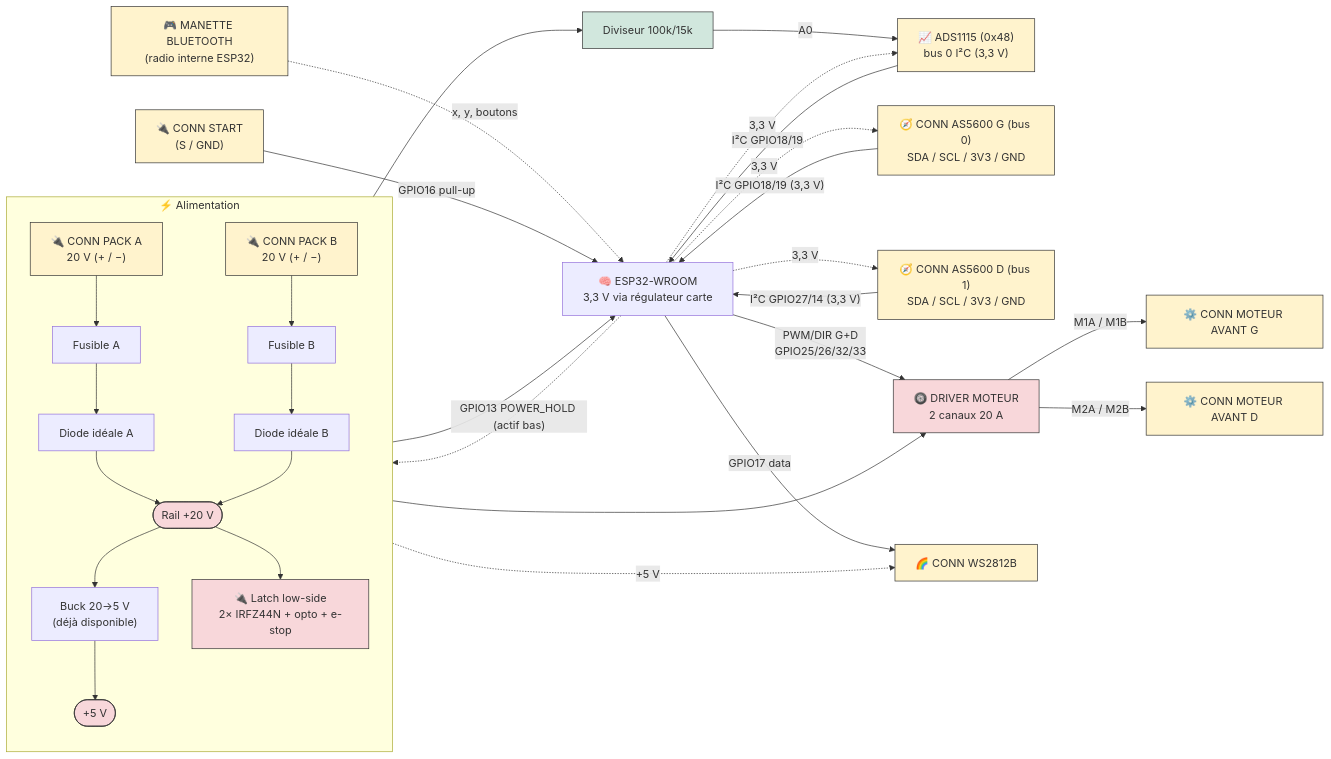
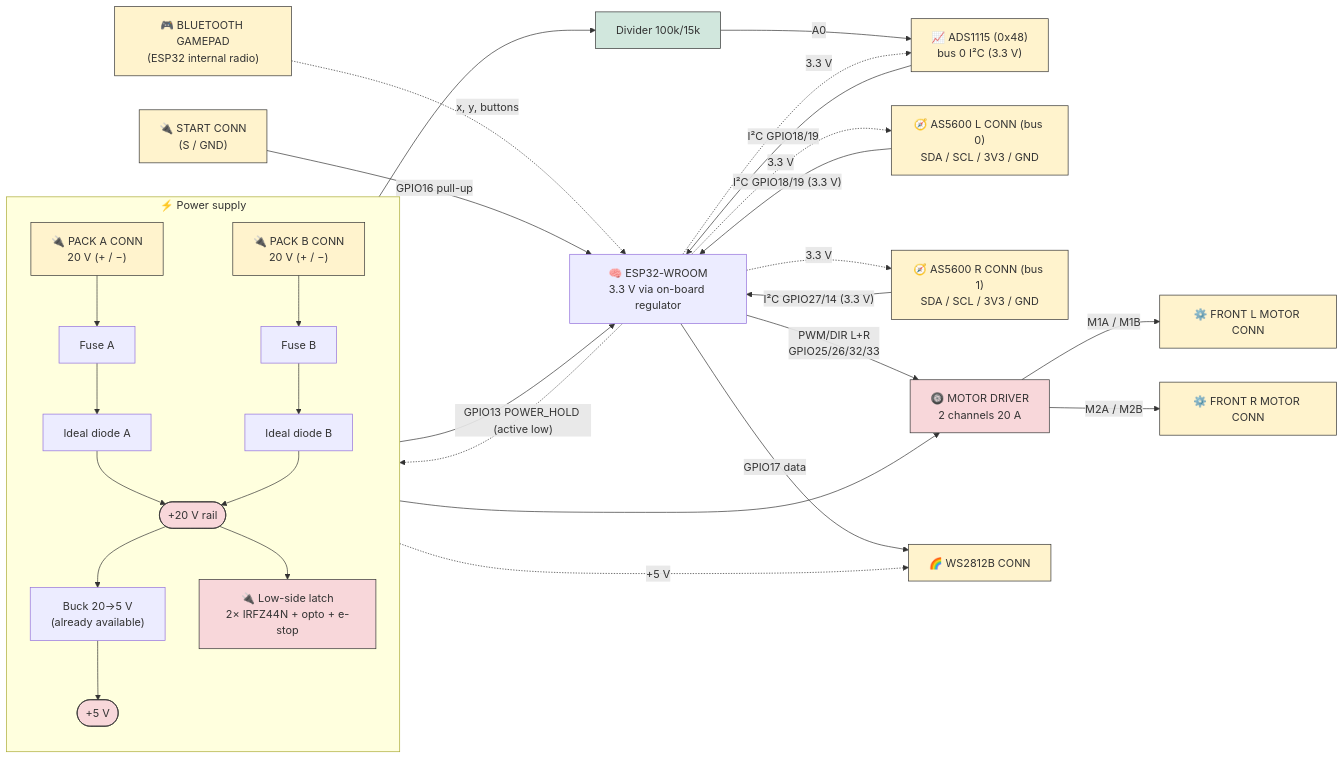
One commit to pinkymaxou/powered-soapbox-car changed the seventh of 10 diagrams in README.md. Above: the diagram before and after it, drawn with Mermaid. The commit also changed other lines of this file and 49 other files, not shown here.

````diff
--- a/README.md
+++ b/README.md
@@ -496,41 +496,41 @@
 ```mermaid
 flowchart LR
-    subgraph PWR["⚡ Alimentation"]
+    subgraph PWR["⚡ Power supply"]
         direction TB
-        PA["🔌 CONN PACK A<br/>20 V (+ / −)"] --> FA["Fusible A"] --> DA["Diode idéale A"]
-        PB["🔌 CONN PACK B<br/>20 V (+ / −)"] --> FB["Fusible B"] --> DB["Diode idéale B"]
-        DA --> RAIL(["Rail +20 V"])
+        PA["🔌 PACK A CONN<br/>20 V (+ / −)"] --> FA["Fuse A"] --> DA["Ideal diode A"]
+        PB["🔌 PACK B CONN<br/>20 V (+ / −)"] --> FB["Fuse B"] --> DB["Ideal diode B"]
+        DA --> RAIL(["+20 V rail"])
         DB --> RAIL
-        RAIL --> BUCK["Buck 20→5 V<br/>(déjà disponible)"] --> V5(["+5 V"])
-        RAIL --> LATCH["🔌 Latch low-side<br/>2× IRFZ44N + opto + e-stop"]
+        RAIL --> BUCK["Buck 20→5 V<br/>(already available)"] --> V5(["+5 V"])
+        RAIL --> LATCH["🔌 Low-side latch<br/>2× IRFZ44N + opto + e-stop"]
     end
 
-    ESP["🧠 ESP32-WROOM<br/>3,3 V via régulateur carte"]
+    ESP["🧠 ESP32-WROOM<br/>3.3 V via on-board regulator"]
     V5 --> ESP
-    ESP -. "GPIO13 POWER_HOLD (actif bas)" .-> LATCH
+    ESP -. "GPIO13 POWER_HOLD (active low)" .-> LATCH
 
-    PAD["🎮 MANETTE BLUETOOTH<br/>(radio interne ESP32)"] -.->|"x, y, boutons"| ESP
-    RAIL --> DIVB["Diviseur 100k/15k"] -->|"A0"| ADS["📈 ADS1115 (0x48)<br/>bus 0 I²C (3,3 V)"]
+    PAD["🎮 BLUETOOTH GAMEPAD<br/>(ESP32 internal radio)"] -.->|"x, y, buttons"| ESP
+    RAIL --> DIVB["Divider 100k/15k"] -->|"A0"| ADS["📈 ADS1115 (0x48)<br/>bus 0 I²C (3.3 V)"]
     ADS -->|"I²C GPIO18/19"| ESP
-    EG["🧭 CONN AS5600 G (bus 0)<br/>SDA / SCL / 3V3 / GND"] -->|"I²C GPIO18/19 (3,3 V)"| ESP
-    ED["🧭 CONN AS5600 D (bus 1)<br/>SDA / SCL / 3V3 / GND"] -->|"I²C GPIO27/14 (3,3 V)"| ESP
-    BST["🔌 CONN START<br/>(S / GND)"] -->|"GPIO16 pull-up"| ESP
+    EG["🧭 AS5600 L CONN (bus 0)<br/>SDA / SCL / 3V3 / GND"] -->|"I²C GPIO18/19 (3.3 V)"| ESP
+    ED["🧭 AS5600 R CONN (bus 1)<br/>SDA / SCL / 3V3 / GND"] -->|"I²C GPIO27/14 (3.3 V)"| ESP
+    BST["🔌 START CONN<br/>(S / GND)"] -->|"GPIO16 pull-up"| ESP
 
-    ESP -->|"PWM/DIR G+D<br/>GPIO25/26/32/33"| DRV["🛞 DRIVER MOTEUR<br/>2 canaux 20 A"]
+    ESP -->|"PWM/DIR L+R<br/>GPIO25/26/32/33"| DRV["🛞 MOTOR DRIVER<br/>2 channels 20 A"]
     RAIL --> DRV
-    DRV -->|"M1A / M1B"| MG["⚙️ CONN MOTEUR AVANT G"]
-    DRV -->|"M2A / M2B"| MD["⚙️ CONN MOTEUR AVANT D"]
-    ESP -->|"GPIO17 data"| WS["🌈 CONN WS2812B"]
+    DRV -->|"M1A / M1B"| MG["⚙️ FRONT L MOTOR CONN"]
+    DRV -->|"M2A / M2B"| MD["⚙️ FRONT R MOTOR CONN"]
+    ESP -->|"GPIO17 data"| WS["🌈 WS2812B CONN"]
 
     V5 -. "+5 V" .-> WS
-    ESP -. "3,3 V" .-> EG
-    ESP -. "3,3 V" .-> ED
-    ESP -. "3,3 V" .-> ADS
+    ESP -. "3.3 V" .-> EG
+    ESP -. "3.3 V" .-> ED
+    ESP -. "3.3 V" .-> ADS
 
     classDef pwr fill:#f8d7da,stroke:#333;
     classDef conn fill:#fff3cd,stroke:#333;
     classDef cond fill:#d1e7dd,stroke:#333;
     class RAIL,V5,LATCH,DRV pwr;
     class PA,PB,PAD,EG,ED,ADS,BST,MG,MD,WS conn;
     class DIVB cond;
 ```
````
